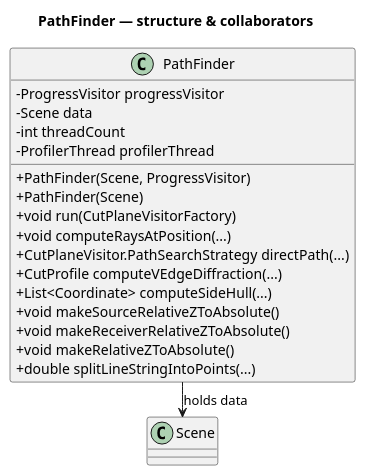
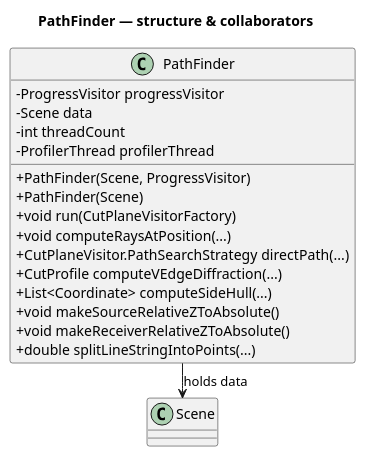
The eighth of 10 diagrams in Docs-dev/pathfinder_algorithms.md (jtagusari/NoiseModelling), drawn with PlantUML before and after one commit. The commit also changed 24 other files, not shown here.

````diff
--- a/Docs-dev/pathfinder_algorithms.md
+++ b/Docs-dev/pathfinder_algorithms.md
@@ -331,33 +331,32 @@
 ```plantuml
 @startuml
 top to bottom direction
 skinparam componentStyle rectangle
 skinparam classPadding 2
 skinparam packagePadding 2
 skinparam classAttributeIconSize 0
 skinparam nodesep 8
 skinparam ranksep 10
 title PathFinder — structure & collaborators
 
 class PathFinder {
   - ProgressVisitor progressVisitor
   - Scene data
   - int threadCount
   - ProfilerThread profilerThread
   + PathFinder(Scene, ProgressVisitor)
   + PathFinder(Scene)
   + void run(CutPlaneVisitorFactory)
   + void computeRaysAtPosition(...)
   + CutPlaneVisitor.PathSearchStrategy directPath(...)
   + CutProfile computeVEdgeDiffraction(...)
   + List<Coordinate> computeSideHull(...)
   + void makeSourceRelativeZToAbsolute()
   + void makeReceiverRelativeZToAbsolute()
-  + void makeRelativeZToAbsolute()
   + double splitLineStringIntoPoints(...)
 }
 
 PathFinder --> Scene : holds data
 
 @enduml
 ```
````
